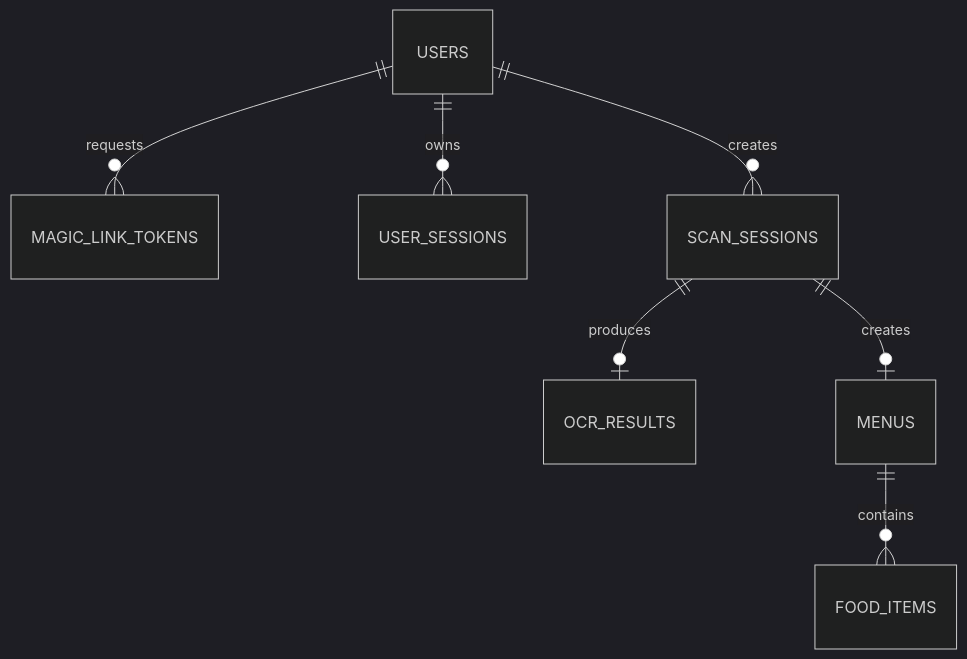
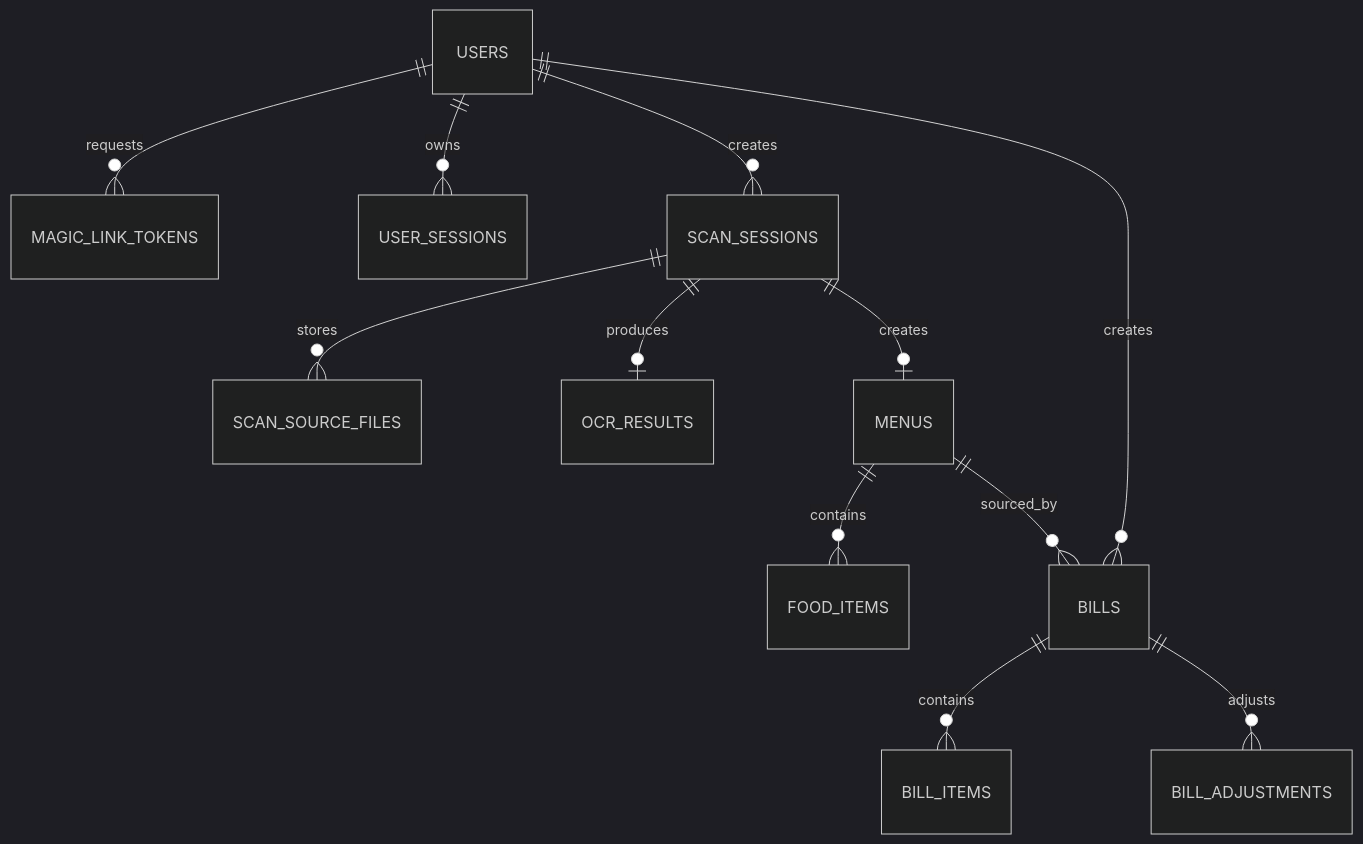
The diagram in doc/ai/database.md (DACNPMTT/MenuScan), drawn with Mermaid (dark theme) before and after one commit. The commit also changed other lines of this file and 131 other files, not shown here.

````diff
--- a/doc/ai/database.md
+++ b/doc/ai/database.md
@@ -12,9 +12,14 @@
 ```mermaid
 erDiagram
     USERS ||--o{ MAGIC_LINK_TOKENS : requests
     USERS ||--o{ USER_SESSIONS : owns
     USERS ||--o{ SCAN_SESSIONS : creates
+    SCAN_SESSIONS ||--o{ SCAN_SOURCE_FILES : stores
     SCAN_SESSIONS ||--o| OCR_RESULTS : produces
     SCAN_SESSIONS ||--o| MENUS : creates
     MENUS ||--o{ FOOD_ITEMS : contains
+    USERS ||--o{ BILLS : creates
+    MENUS ||--o{ BILLS : sourced_by
+    BILLS ||--o{ BILL_ITEMS : contains
+    BILLS ||--o{ BILL_ADJUSTMENTS : adjusts
 ```
````
